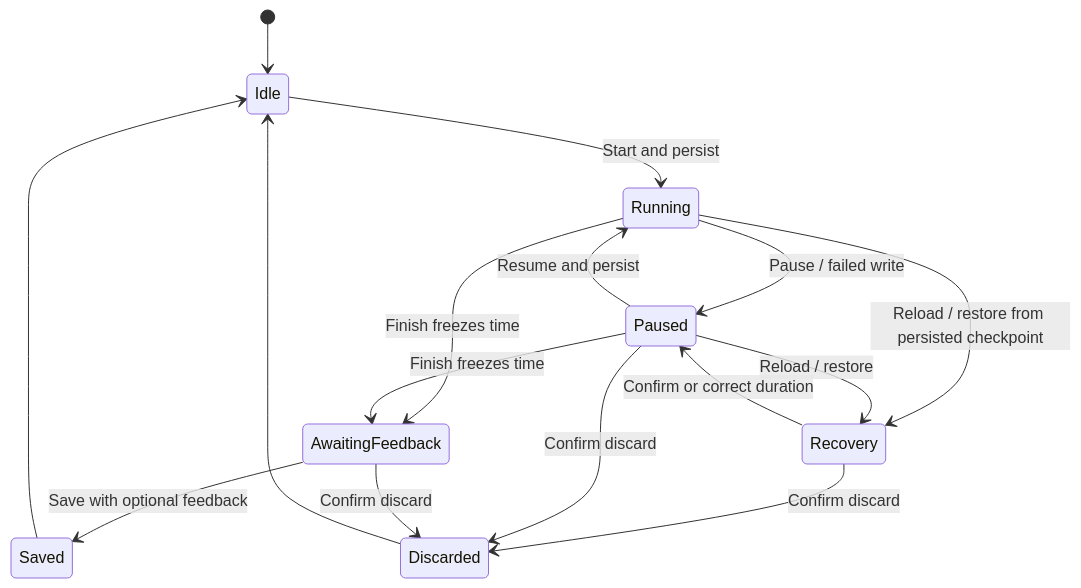
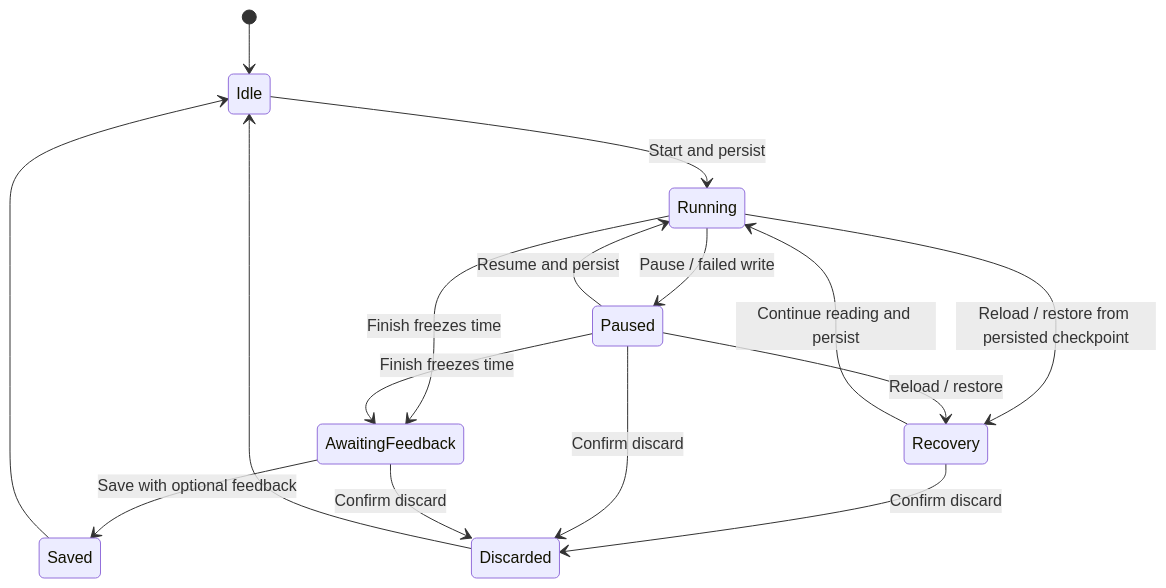
Before and after one commit to patrickjohnson3/reading-endurance: the second of 2 diagrams in README.md, drawn with Mermaid. The commit also changed other lines of this file and 6 other files, not shown here.

Commit message:
Simplify interrupted reading recovery

````diff
--- a/README.md
+++ b/README.md
@@ -351,18 +355,18 @@
 ```mermaid
 stateDiagram-v2
   [*] --> Idle
   Idle --> Running: Start and persist
   Running --> Paused: Pause / failed write
   Paused --> Running: Resume and persist
   Running --> AwaitingFeedback: Finish freezes time
   Paused --> AwaitingFeedback: Finish freezes time
   AwaitingFeedback --> Saved: Save with optional feedback
   Saved --> Idle
   Running --> Recovery: Reload / restore from persisted checkpoint
   Paused --> Recovery: Reload / restore
-  Recovery --> Paused: Confirm or correct duration
+  Recovery --> Running: Continue reading and persist
   Recovery --> Discarded: Confirm discard
   Paused --> Discarded: Confirm discard
   AwaitingFeedback --> Discarded: Confirm discard
   Discarded --> Idle
 ```
````
